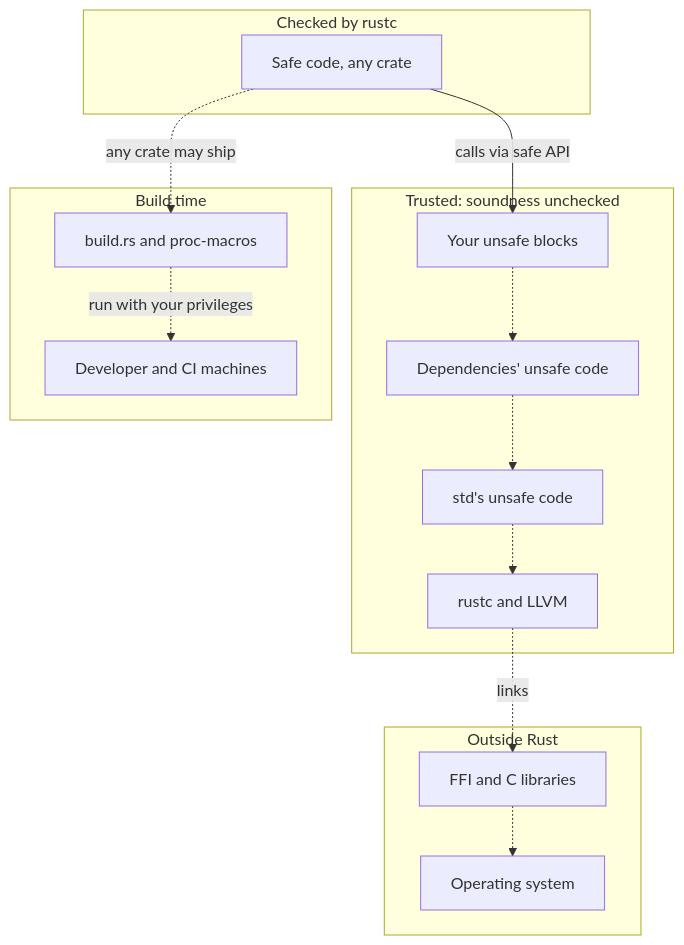
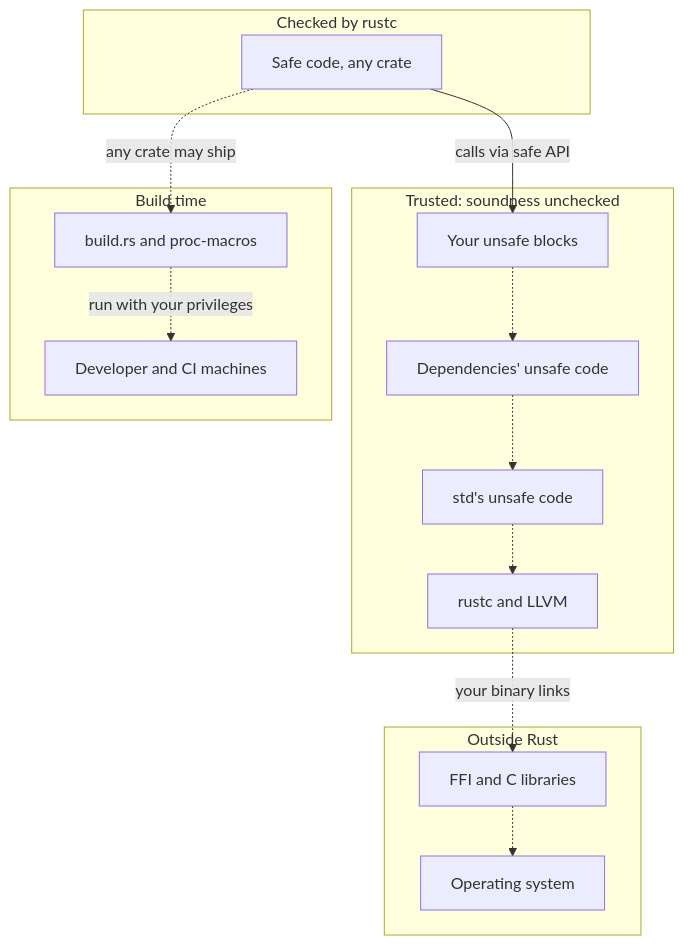
The first of 3 diagrams in README.md (iAnonymous3000/awesome-rust-security-guide), drawn with Mermaid before and after one commit. The commit also changed other lines of this file and 2 other files, not shown here.

````diff
--- a/README.md
+++ b/README.md
@@ -113,30 +115,30 @@
 ```mermaid
 flowchart TD
   accTitle: Where Rust's guarantees stop
-  accDescr: Safe code in any crate is type-checked by rustc and calls your unsafe blocks through a safe API. Below that, each layer is trusted without checks - dependencies' unsafe code, std's unsafe code, rustc and LLVM, then the FFI and C libraries it links, then the operating system. Any crate, even one with no unsafe code, can ship build scripts and proc-macros that run with your privileges on developer and CI machines.
+  accDescr: Safe code in any crate is type-checked by rustc and calls your unsafe blocks through a safe API. Below that, each layer is trusted without checks - dependencies' unsafe code, std's unsafe code, rustc and LLVM, then the FFI and C libraries your binary links, then the operating system. Any crate, even one with no unsafe code, can ship build scripts and proc-macros that run with your privileges on developer and CI machines.
   subgraph z1["Checked by rustc"]
     n1["Safe code, any crate"]
   end
   subgraph z2["Trusted: soundness unchecked"]
     n2["Your unsafe blocks"]
     n3["Dependencies' unsafe code"]
     n4["std's unsafe code"]
     n5["rustc and LLVM"]
   end
   subgraph z3["Outside Rust"]
     n6["FFI and C libraries"]
     n7["Operating system"]
   end
   subgraph z4["Build time"]
     n8["build.rs and proc-macros"]
     n9["Developer and CI machines"]
   end
   n1 -->|"calls via safe API"| n2
   n2 -.-> n3
   n3 -.-> n4
   n4 -.-> n5
-  n5 -.->|"links"| n6
+  n5 -.->|"your binary links"| n6
   n6 -.-> n7
   n1 -.->|"any crate may ship"| n8
   n8 -.->|"run with your privileges"| n9
 ```
````
